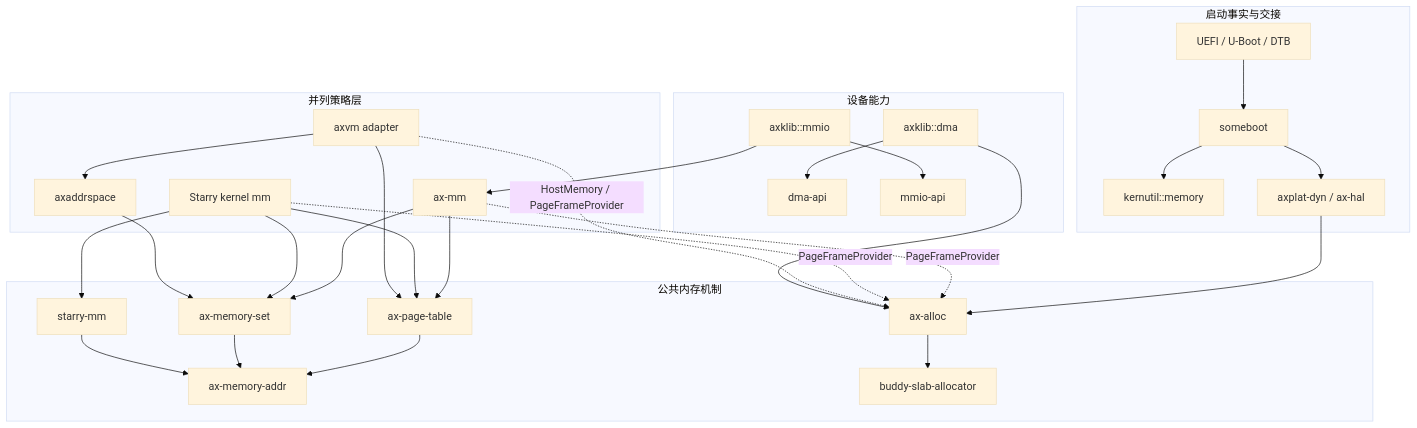
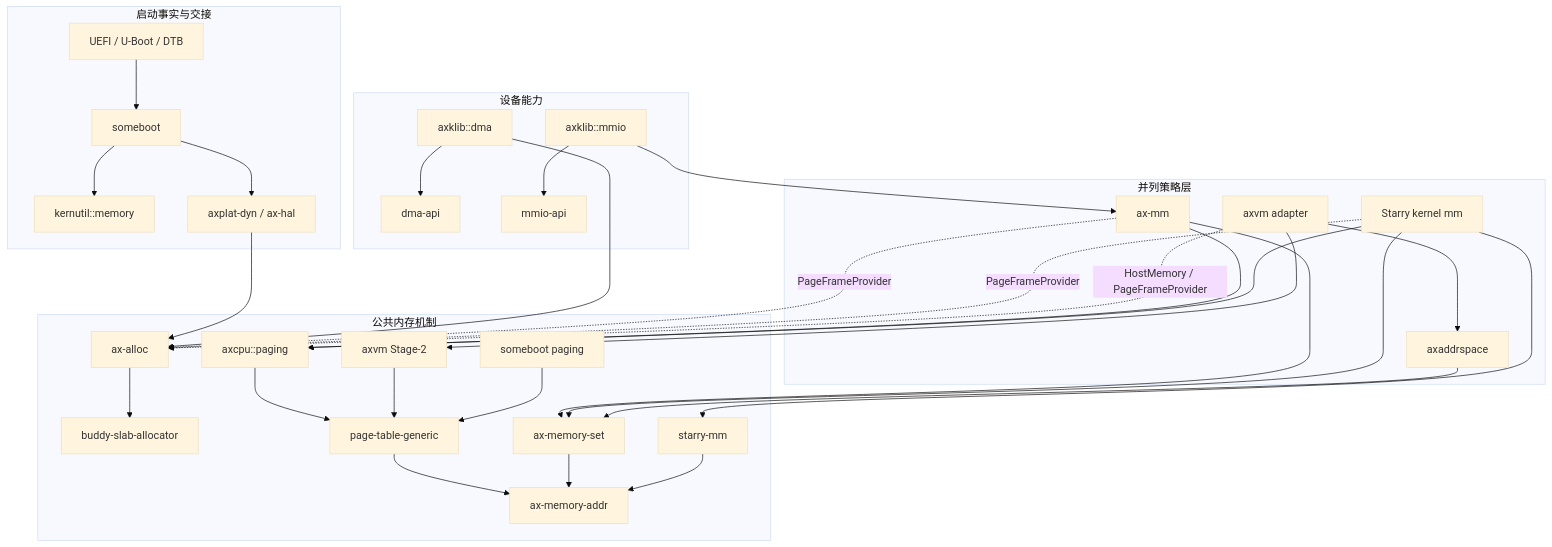
One commit to rcore-os/tgoskits changed the diagram in docs/docs/architecture/memory/source-map.md. Above: the diagram before and after it, drawn with Mermaid (base theme). The commit also changed other lines of this file and 141 other files, not shown here.

Commit message:
refactor(axcpu): split ax-page-table into axcpu::paging and page-table-generic

````diff
--- a/docs/docs/architecture/memory/source-map.md
+++ b/docs/docs/architecture/memory/source-map.md
@@ -60,41 +63,44 @@
 ```mermaid
 flowchart TB
     subgraph Boot["启动事实与交接"]
         FW["UEFI / U-Boot / DTB"] --> SB["someboot"]
         SB --> KU["kernutil::memory"]
         SB --> PLAT["axplat-dyn / ax-hal"]
     end
 
     subgraph Core["公共内存机制"]
         ADDR["ax-memory-addr"]
         ALLOC["ax-alloc"] --> BUDDY["buddy-slab-allocator"]
-        PT["ax-page-table"] --> ADDR
+        COREPT["page-table-generic"] --> ADDR
+        HOSTPT["axcpu::paging"] --> COREPT
+        GUESTPT["axvm Stage-2"] --> COREPT
+        BOOTPT["someboot paging"] --> COREPT
         SET["ax-memory-set"] --> ADDR
         SMM["starry-mm"] --> ADDR
     end
 
     subgraph Policy["并列策略层"]
         AXMM["ax-mm"] --> SET
-        AXMM --> PT
+        AXMM --> HOSTPT
         STARRY["Starry kernel mm"] --> SMM
         STARRY --> SET
-        STARRY --> PT
+        STARRY --> HOSTPT
         GUEST["axaddrspace"] --> SET
         AXVM["axvm adapter"] --> GUEST
-        AXVM --> PT
+        AXVM --> GUESTPT
     end
 
     subgraph Device["设备能力"]
         DMA["dma-api"]
         MMIO["mmio-api"]
         KDMA["axklib::dma"] --> DMA
         KMMIO["axklib::mmio"] --> MMIO
     end
 
     PLAT --> ALLOC
     AXMM -. "PageFrameProvider" .-> ALLOC
     STARRY -. "PageFrameProvider" .-> ALLOC
     AXVM -. "HostMemory / PageFrameProvider" .-> ALLOC
     KDMA --> ALLOC
     KMMIO --> AXMM
 ```
````
